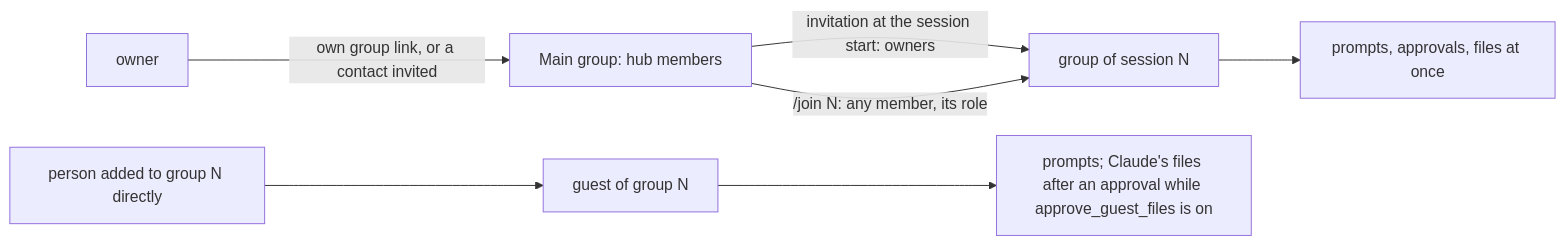
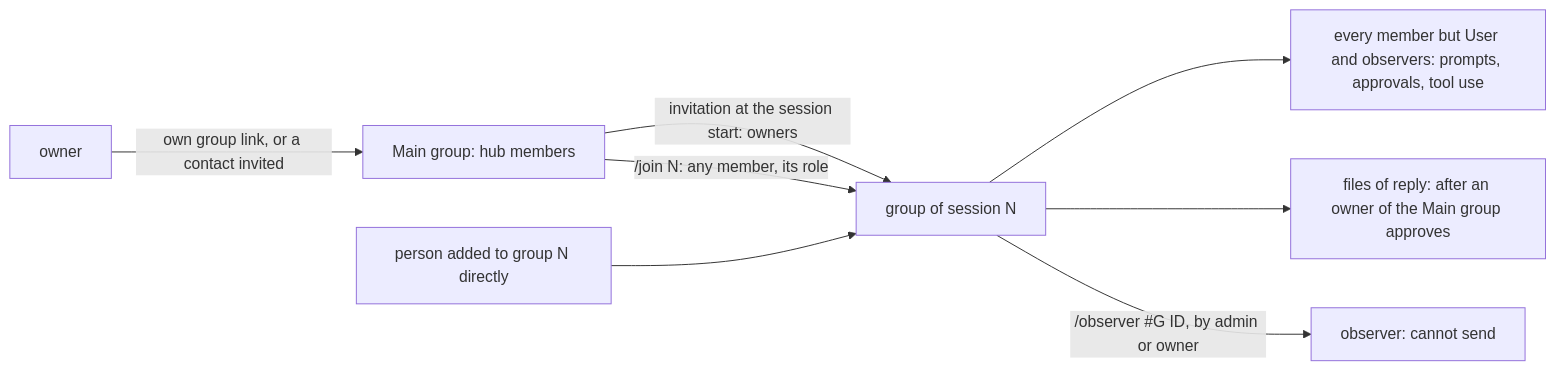
The sixth of 26 diagrams in plans/2026-11-07-mcp-claude-code-channel.md (simplex-chat/simplex-chat), drawn with Mermaid before and after one commit. The commit also changed other lines of this file, not shown here.

First line of the commit message:
plan: the corrected trust model: every session member controls it

````diff
--- a/plans/2026-11-07-mcp-claude-code-channel.md
+++ b/plans/2026-11-07-mcp-claude-code-channel.md
@@ -321,9 +328,10 @@
 ```mermaid
 flowchart LR
   O[owner] -- own group link, or a contact invited --> M[Main group: hub members]
   M -- invitation at the session start: owners --> G[group of session N]
   M -- /join N: any member, its role --> G
-  X[person added to group N directly] --> Q[guest of group N]
-  G --> A[prompts, approvals, files at once]
-  Q --> B[prompts; Claude's files after an approval while approve_guest_files is on]
+  X[person added to group N directly] --> G
+  G --> A[every member but User and observers: prompts, approvals, tool use]
+  G --> F[files of reply: after an owner of the Main group approves]
+  G -- /observer #G ID, by admin or owner --> Q[observer: cannot send]
 ```
````
